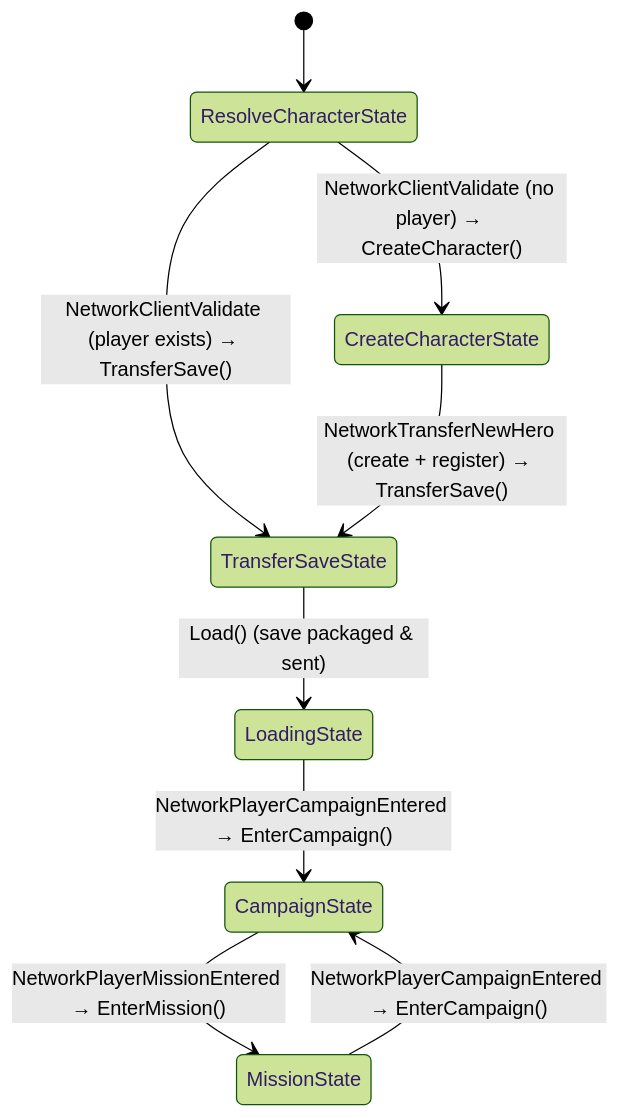
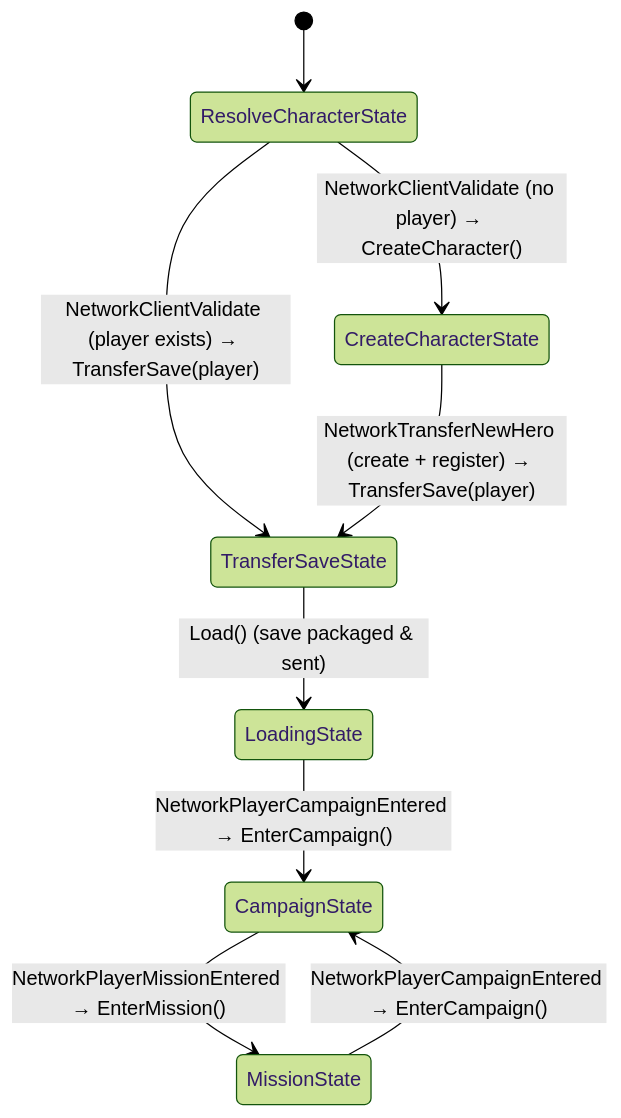
Before and after one commit to Bannerlord-Coop-Team/BannerlordCoop: the second of 3 diagrams in doc/ClientAndConnectionStates.md, drawn with Mermaid (forest theme). The commit also changed 5 other files, not shown here.

First line of the commit message:
Resolve each saved row once and show TransferSave(player) in the state diagram (#2400)

````diff
--- a/doc/ClientAndConnectionStates.md
+++ b/doc/ClientAndConnectionStates.md
@@ -53,17 +53,17 @@
 ```mermaid
 stateDiagram-v2
     [*] --> ResolveCharacterState
 
     ResolveCharacterState --> CreateCharacterState : NetworkClientValidate (no player) → CreateCharacter()
-    ResolveCharacterState --> TransferSaveState : NetworkClientValidate (player exists) → TransferSave()
+    ResolveCharacterState --> TransferSaveState : NetworkClientValidate (player exists) → TransferSave(player)
 
-    CreateCharacterState --> TransferSaveState : NetworkTransferNewHero (create + register) → TransferSave()
+    CreateCharacterState --> TransferSaveState : NetworkTransferNewHero (create + register) → TransferSave(player)
 
     TransferSaveState --> LoadingState : Load() (save packaged & sent)
 
     LoadingState --> CampaignState : NetworkPlayerCampaignEntered → EnterCampaign()
 
     CampaignState --> MissionState : NetworkPlayerMissionEntered → EnterMission()
 
     MissionState --> CampaignState : NetworkPlayerCampaignEntered → EnterCampaign()
 ```
````
